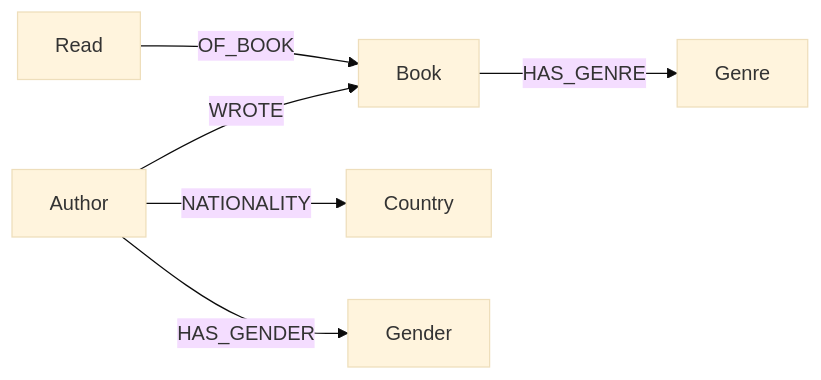
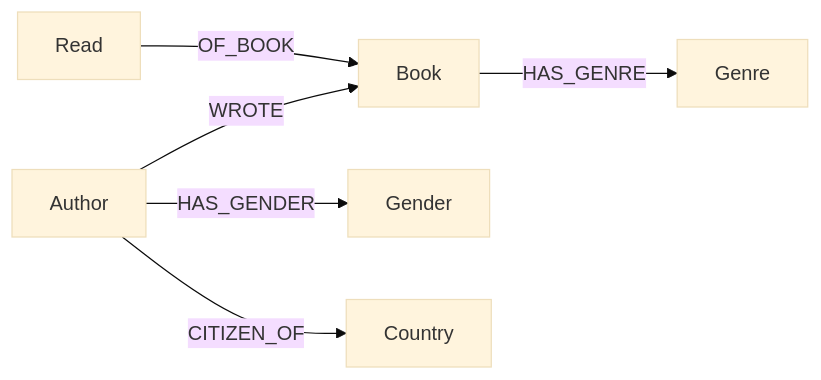
The diagram in README.md (opavon/books_kg), drawn with Mermaid (base theme) before and after one commit. The commit also changed other lines of this file, not shown here.

````diff
--- a/README.md
+++ b/README.md
@@ -45,9 +8,8 @@
 ```mermaid
 graph LR
-    Author --> | WROTE       | Book
-    Read   --> | OF_BOOK     | Book
-    Book   --> | HAS_GENRE   | Genre
-    Author --> | NATIONALITY | Country
-    Author --> | HAS_GENDER  | Gender
-
+    Author -->|WROTE| Book
+    Read -->|OF_BOOK| Book
+    Book -->|HAS_GENRE| Genre
+    Author -->|HAS_GENDER| Gender
+    Author -->|CITIZEN_OF| Country
 ```
````
